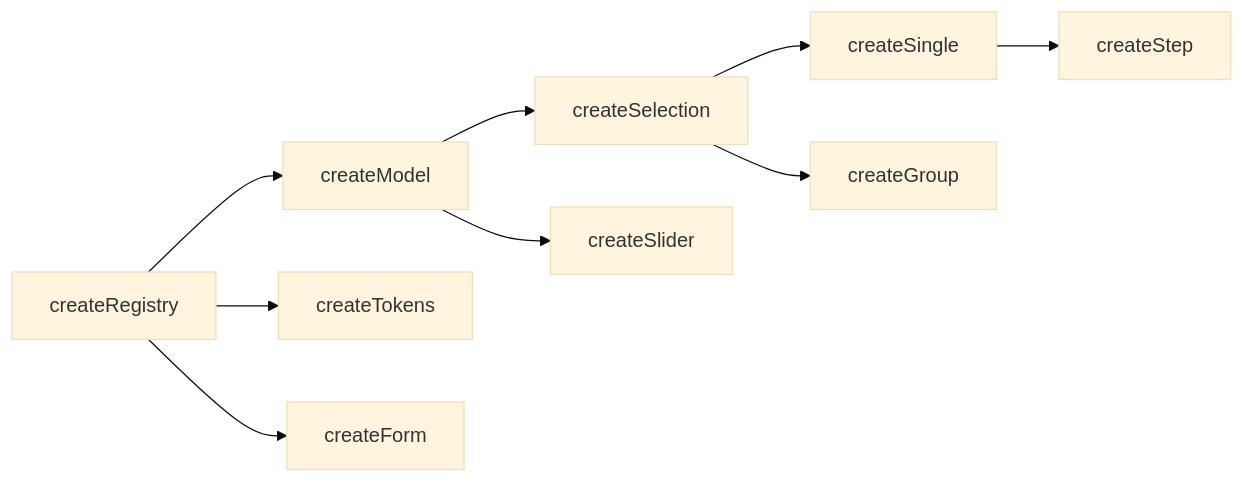
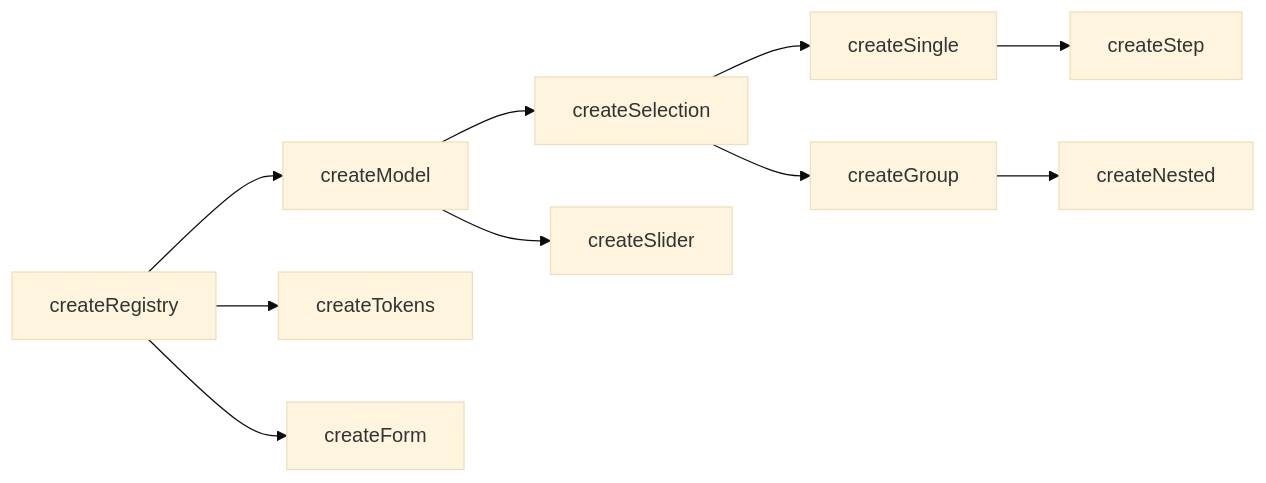
One commit to vuetifyjs/0 changed the second of 4 diagrams in apps/docs/src/pages/guide/fundamentals/core.md. Above: the diagram before and after it, drawn with Mermaid (base theme). The commit also changed other lines of this file, not shown here.

````diff
--- a/apps/docs/src/pages/guide/fundamentals/core.md
+++ b/apps/docs/src/pages/guide/fundamentals/core.md
@@ -143,11 +143,12 @@
 ```mermaid "Extension Chain"
 flowchart LR
     R[createRegistry] --> M[createModel]
     M --> S[createSelection]
     M --> Sl[createSlider]
     R --> T[createTokens]
     R --> F[createForm]
     S --> Si[createSingle]
     S --> G[createGroup]
     Si --> St[createStep]
+    G --> Ne[createNested]
 ```
````
